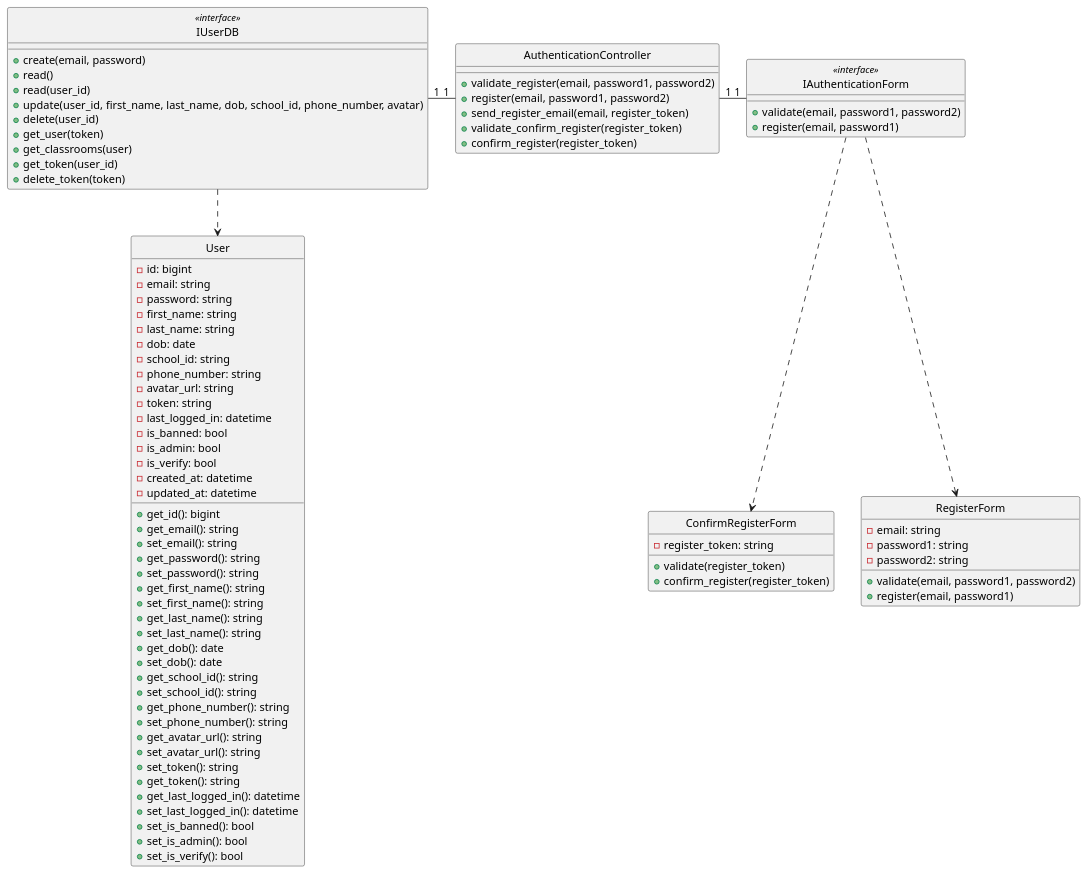
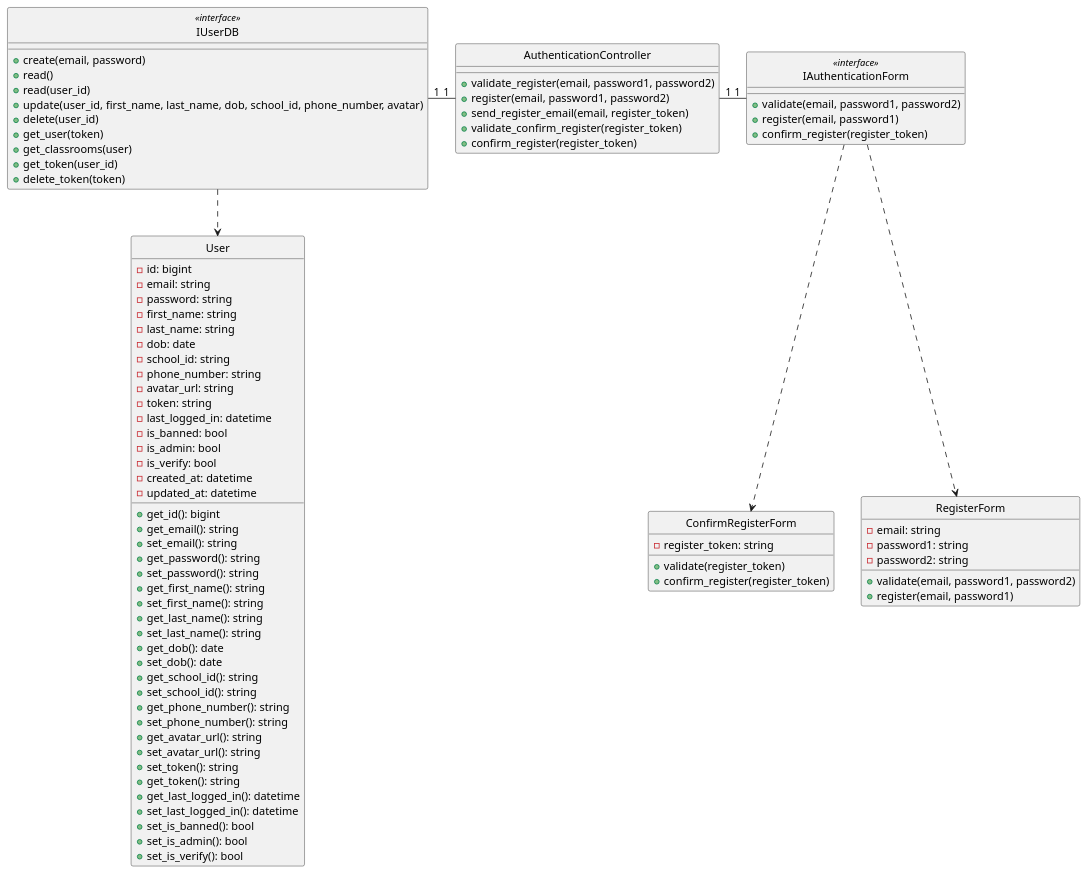
The diagram in class - design/authentication/register.plantuml (anonyhostvn/OOAD-Diagram), drawn with PlantUML before and after one commit. The commit also changed 1 other file, not shown here.

Commit message:
authentication Class diagram update2

```diff
--- a/class - design/authentication/register.plantuml
+++ b/class - design/authentication/register.plantuml
@@ -1,101 +1,102 @@
 @startuml createClass
 
 class User {
     - id: bigint
     - email: string
     - password: string
     - first_name: string
     - last_name: string
     - dob: date
     - school_id: string
     - phone_number: string
     - avatar_url: string
     - token: string
     - last_logged_in: datetime
     - is_banned: bool
     - is_admin: bool
     - is_verify: bool
     - created_at: datetime
     - updated_at: datetime
 
     + get_id(): bigint
     + get_email(): string
     + set_email(): string
     + get_password(): string
     + set_password(): string
     + get_first_name(): string
     + set_first_name(): string
     + get_last_name(): string
     + set_last_name(): string
     + get_dob(): date
     + set_dob(): date
     + get_school_id(): string
     + set_school_id(): string
     + get_phone_number(): string
     + set_phone_number(): string
     + get_avatar_url(): string
     + set_avatar_url(): string
     + set_token(): string
     + get_token(): string
     + get_last_logged_in(): datetime
     + set_last_logged_in(): datetime
     + set_is_banned(): bool
     + set_is_admin(): bool
     + set_is_verify(): bool
 }
 
 class IUserDB <<interface>> {
     + create(email, password)
     + read()
     + read(user_id)
     + update(user_id, first_name, last_name, dob, school_id, phone_number, avatar)
     + delete(user_id)
     + get_user(token)
     + get_classrooms(user)
     + get_token(user_id)
     + delete_token(token)
 }
 
 class RegisterForm {
     - email: string
     - password1: string
     - password2: string
 
     + validate(email, password1, password2)
     + register(email, password1)
 }
 
 class ConfirmRegisterForm {
     - register_token: string
 
     + validate(register_token)
     + confirm_register(register_token)
 }
 
 class IAuthenticationForm <<interface>> {
     + validate(email, password1, password2)
     + register(email, password1)
+    + confirm_register(register_token)
 }
 
 class AuthenticationController {
     + validate_register(email, password1, password2)
     + register(email, password1, password2)
     + send_register_email(email, register_token)
     + validate_confirm_register(register_token)
     + confirm_register(register_token)
 }
 
 hide User circle
 hide IUserDB <<interface>> circle
 hide RegisterForm circle
 hide ConfirmRegisterForm circle
 hide IAuthenticationForm <<interface>> circle
 hide AuthenticationController circle
 
 IUserDB -down.> User
 IAuthenticationForm .down.> RegisterForm
 IAuthenticationForm .down.> ConfirmRegisterForm
 AuthenticationController "1"-left-"1" IUserDB
 IAuthenticationForm "1"-left-"1" AuthenticationController
 
 @enduml
```
